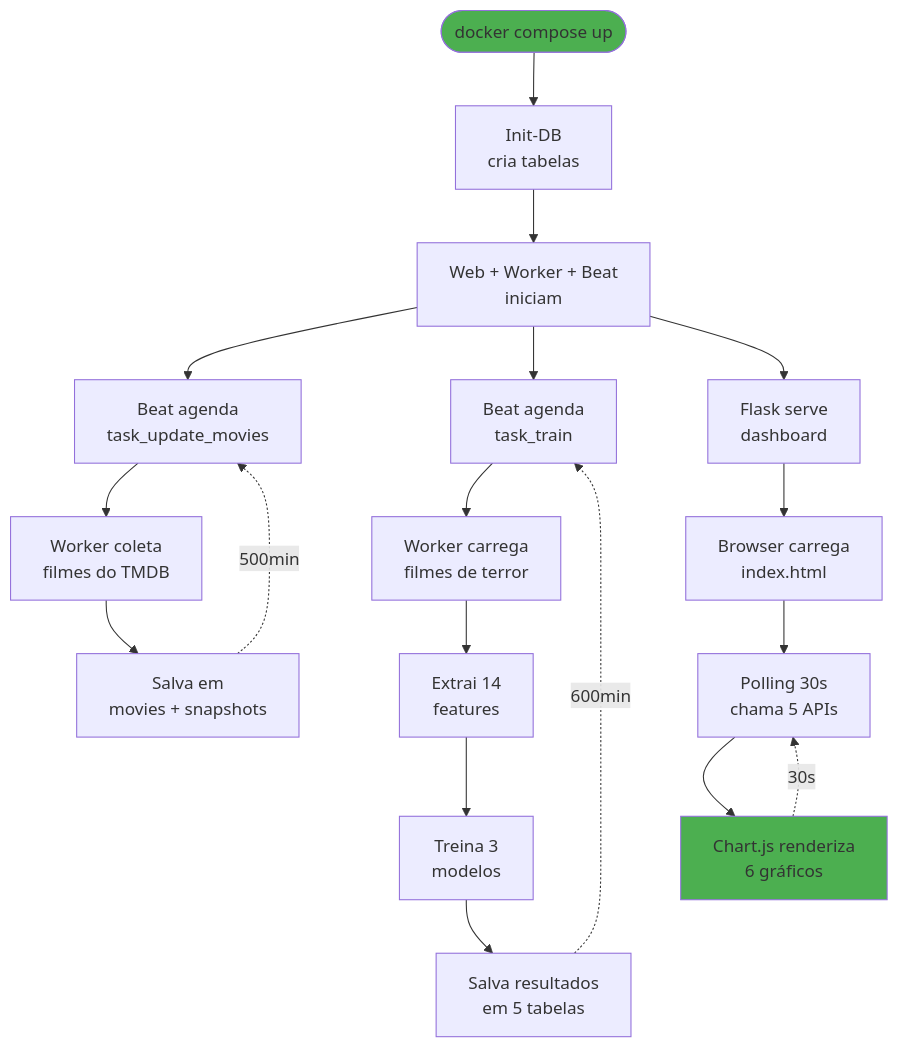
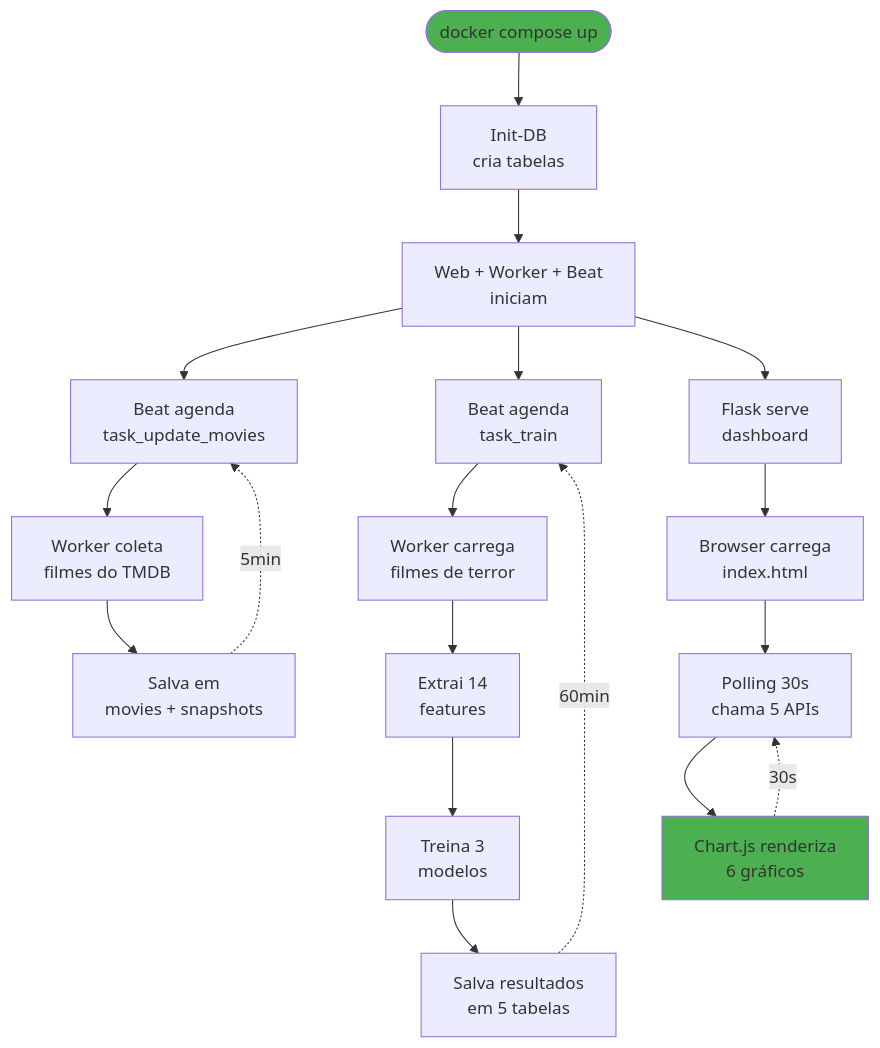
Diagram 12 of 14 in STORYTELLING.md (lucasboot/tmdb-ml-phase3-postech), drawn with Mermaid before and after one commit. The commit also changed other lines of this file and 1 other file, not shown here.

Commit message:
feat: atualização do STORYTELLING.md para refletir mudanças na frequência de coleta e treinamento de dados, alterando os intervalos de 500 minutos para 5 minutos e de 600 minutos para 1 hora. Ajustes nas notas e diagramas para melhor clareza do fluxo de tarefas.

````diff
--- a/STORYTELLING.md
+++ b/STORYTELLING.md
@@ -453,27 +453,27 @@
 ```mermaid
 graph TB
     Start([docker compose up]) --> Init[Init-DB<br/>cria tabelas]
     Init --> Services[Web + Worker + Beat<br/>iniciam]
     
     Services --> Beat1[Beat agenda<br/>task_update_movies]
     Beat1 --> Collect[Worker coleta<br/>filmes do TMDB]
     Collect --> Store[Salva em<br/>movies + snapshots]
     
     Services --> Beat2[Beat agenda<br/>task_train]
     Beat2 --> Load[Worker carrega<br/>filmes de terror]
     Load --> Extract[Extrai 14<br/>features]
     Extract --> Train[Treina 3<br/>modelos]
     Train --> Save[Salva resultados<br/>em 5 tabelas]
     
     Services --> Web[Flask serve<br/>dashboard]
     Web --> Browser[Browser carrega<br/>index.html]
     Browser --> Poll[Polling 30s<br/>chama 5 APIs]
     Poll --> Render[Chart.js renderiza<br/>6 gráficos]
     
     Render -.30s.-> Poll
-    Store -.500min.-> Beat1
-    Save -.600min.-> Beat2
+    Store -.5min.-> Beat1
+    Save -.60min.-> Beat2
     
     style Start fill:#4CAF50
     style Render fill:#4CAF50
 ```
````
